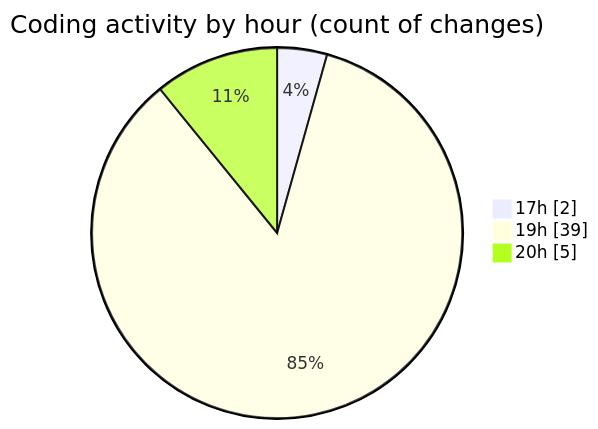
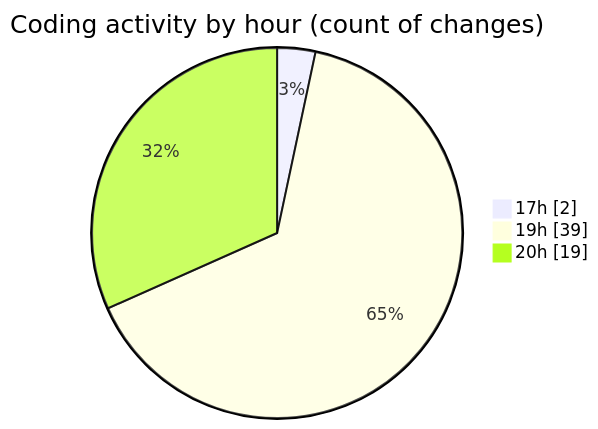
One commit to Netris89/code-tracking changed the second of 2 diagrams in 2025-10-21/skintrack/README.md. Above: the diagram before and after it, drawn with Mermaid. The commit also changed other lines of this file and 1 other file, not shown here.

````diff
--- a/2025-10-21/skintrack/README.md
+++ b/2025-10-21/skintrack/README.md
@@ -39,7 +39,7 @@
 ```mermaid
 pie showData
 title Coding activity by hour (count of changes)
 "17h" : 2
 "19h" : 39
-"20h" : 5
+"20h" : 19
 ```
````
